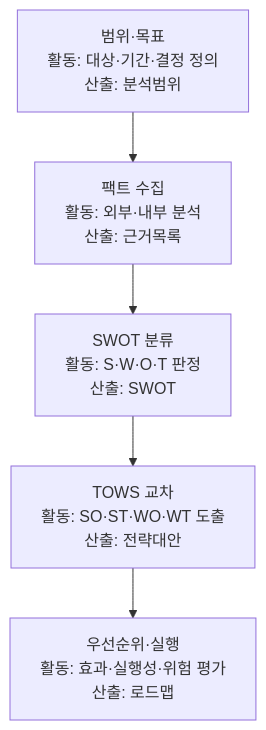
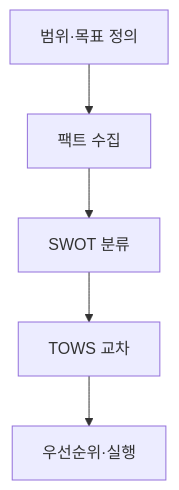
The first of 3 diagrams in src/content/docs/notes/itpe/01-it-strategy/034_swot_analysis.md (agnusdei1207/study), drawn with Mermaid before and after one commit. The commit also changed other lines of this file and 19 other files, not shown here.

````diff
--- a/src/content/docs/notes/itpe/01-it-strategy/034_swot_analysis.md
+++ b/src/content/docs/notes/itpe/01-it-strategy/034_swot_analysis.md
@@ -49,7 +49,7 @@
 ```mermaid
 flowchart TD
-    A["범위·목표<br/>활동: 대상·기간·결정 정의<br/>산출: 분석범위"] --> B["팩트 수집<br/>활동: 외부·내부 분석<br/>산출: 근거목록"]
-    B --> C["SWOT 분류<br/>활동: S·W·O·T 판정<br/>산출: SWOT"]
-    C --> D["TOWS 교차<br/>활동: SO·ST·WO·WT 도출<br/>산출: 전략대안"]
-    D --> E["우선순위·실행<br/>활동: 효과·실행성·위험 평가<br/>산출: 로드맵"]
+    A["범위·목표 정의"] --> B["팩트 수집"]
+    B --> C["SWOT 분류"]
+    C --> D["TOWS 교차"]
+    D --> E["우선순위·실행"]
 ```
````
